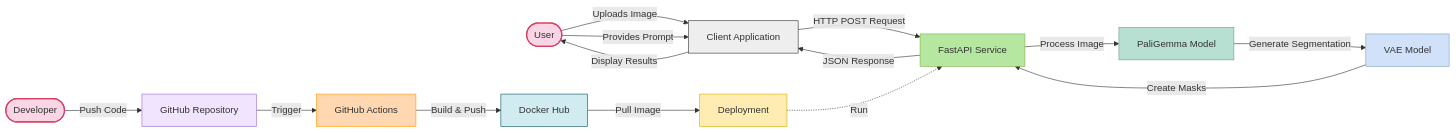
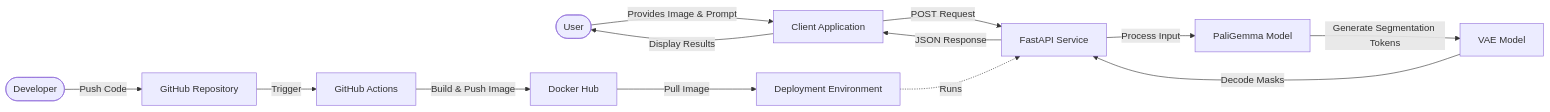
One commit to JoeJoe1313/PaliGemma-Image-Segmentation changed the first of 6 diagrams in README.md. Above: the diagram before and after it, drawn with Mermaid. The commit also changed other lines of this file, not shown here.

````diff
--- a/README.md
+++ b/README.md
@@ -31,30 +31,16 @@
 ```mermaid
 graph LR
-    User([User]) -->|Uploads Image| Client[Client Application]
-    User -->|Provides Prompt| Client
+    User([User]) -->|Provides Image & Prompt| ClientApp[Client Application]
+    ClientApp -->|POST Request| FastAPI_Service[FastAPI Service]
+    FastAPI_Service -->|Process Input| PaliGemma_Model[PaliGemma Model]
+    PaliGemma_Model -->|Generate Segmentation Tokens| VAE_Model[VAE Model]
+    VAE_Model -->|Decode Masks| FastAPI_Service
+    FastAPI_Service -->|JSON Response | ClientApp
+    ClientApp -->|Display Results| User
     
-    Client -->|HTTP POST Request| API[FastAPI Service]
-    API -->|Process Image| PaliGemma[PaliGemma Model]
-    PaliGemma -->|Generate Segmentation| VAE[VAE Model]
-    VAE -->|Create Masks| API
-    
-    API -->|JSON Response| Client
-    Client -->|Display Results| User
-    
-    Developer([Developer]) -->|Push Code| GitHub[GitHub Repository]
-    GitHub -->|Trigger| Actions[GitHub Actions]
-    Actions -->|Build & Push| DockerHub[Docker Hub]
-    DockerHub -->|Pull Image| Deployment[Deployment]
-    Deployment -.->|Run| API
-    
-    style User fill:#f9d5e5,stroke:#d64161,stroke-width:2px
-    style Developer fill:#f9d5e5,stroke:#d64161,stroke-width:2px
-    style Client fill:#eeeeee,stroke:#333333
-    style API fill:#b5e7a0,stroke:#86af49
-    style PaliGemma fill:#b8e0d2,stroke:#6a9c89
-    style VAE fill:#d0e1f9,stroke:#7fa6bc
-    style GitHub fill:#f0e4ff,stroke:#9370db
-    style Actions fill:#ffd8b1,stroke:#ff9800
-    style DockerHub fill:#d1ecf1,stroke:#0c5460
-    style Deployment fill:#ffecb3,stroke:#d1b000
+    Developer([Developer]) -->|Push Code| GitHubRepo[GitHub Repository]
+    GitHubRepo -->|Trigger| GitHubActions[GitHub Actions]
+    GitHubActions -->|Build & Push Image| DockerRegistry[Docker Hub]
+    DockerRegistry -->|Pull Image| DeploymentEnv[Deployment Environment]
+    DeploymentEnv -.->|Runs| FastAPI_Service
 ```
````
